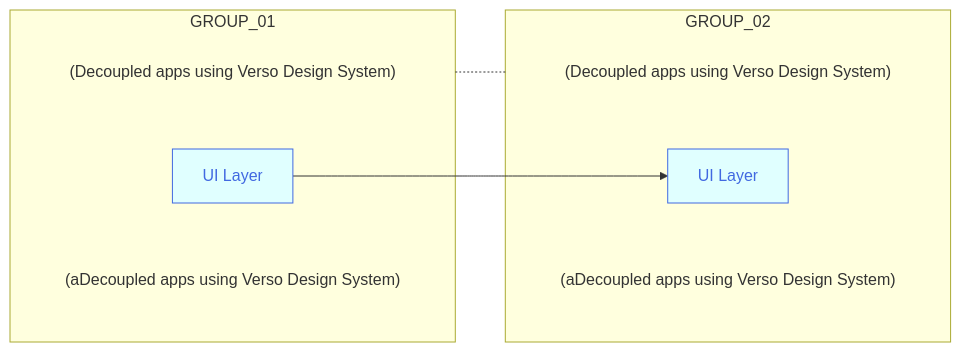
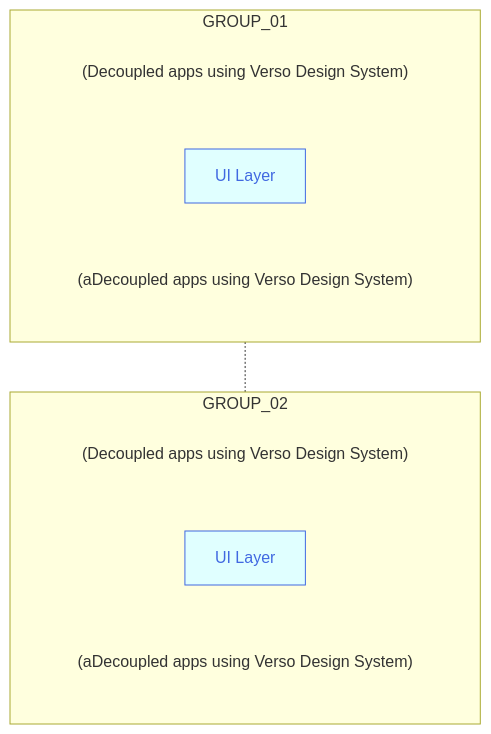
Before and after one commit to joe-dorward/samples: the diagram in buttons_mermaid_v5.md, drawn with Mermaid.

````diff
--- a/buttons_mermaid_v5.md
+++ b/buttons_mermaid_v5.md
@@ -3,42 +3,42 @@
 ```mermaid
   %%{
     init: {
       "flowchart": { "markdownAutoWrap":"false", "textWrap":"false", "wrappingWidth": "100%" }
     }
   }%%
-  flowchart LR
+  flowchart TD
 
   classDef Button fill:lightcyan, stroke:royalblue, color:royalblue;
   classDef Note fill:transparent, stroke-width:0px
   %% ---------- ---------- ---------- ---------- ---------- ---------- ---------- ---------- ---------- ----------
   subgraph GROUP_01
     %%direction LR
 
     BUTTON_01_NOTE["(Decoupled apps using Verso Design System)"]:::Note
 
     BUTTON_01["UI Layer"]:::Button
     click BUTTON_01 "https://en.wikipedia.org/wiki/Main_Page" _blank
     BUTTON_01a_NOTE["(aDecoupled apps using Verso Design System)"]:::Note
 
     %%BUTTON_01~~~
     %%BUTTON_01_NOTE
   end
 
   subgraph GROUP_02
     %%direction TD
 
     BUTTON_02_NOTE["(Decoupled apps using Verso Design System)"]:::Note
 
     BUTTON_02["UI Layer"]:::Button
     click BUTTON_02 "https://en.wikipedia.org/wiki/Main_Page" _blank
     BUTTON_02a_NOTE["(aDecoupled apps using Verso Design System)"]:::Note
 
     %%BUTTON_02~~~
     %%BUTTON_02_NOTE
   end
 
 GROUP_01-.-GROUP_02
 
-BUTTON_01-->BUTTON_02
+%%BUTTON_01-->BUTTON_02
 
 ```
````
